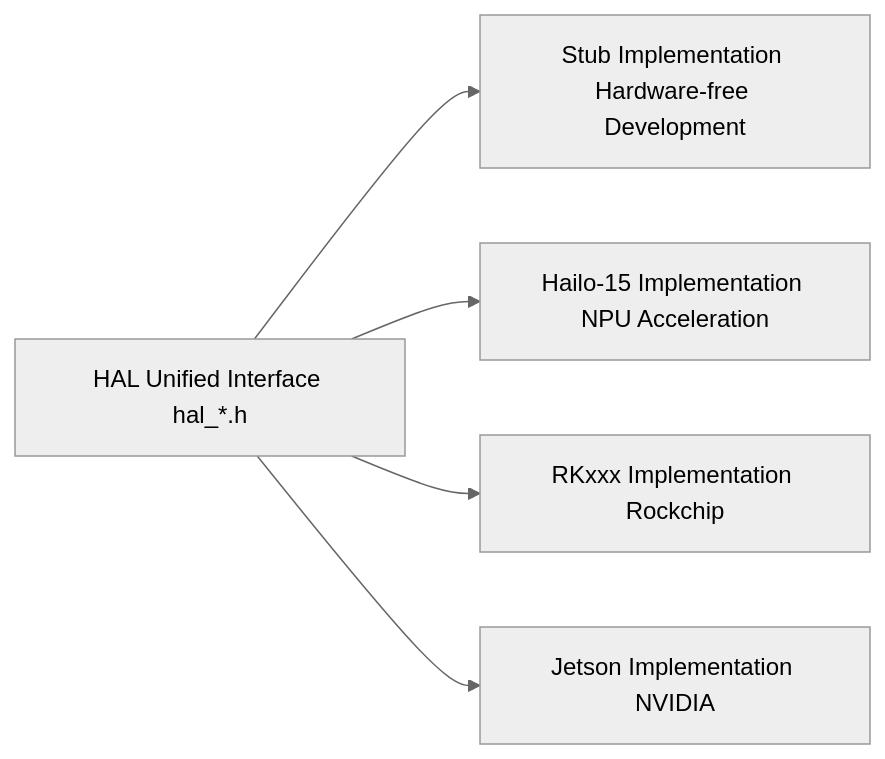
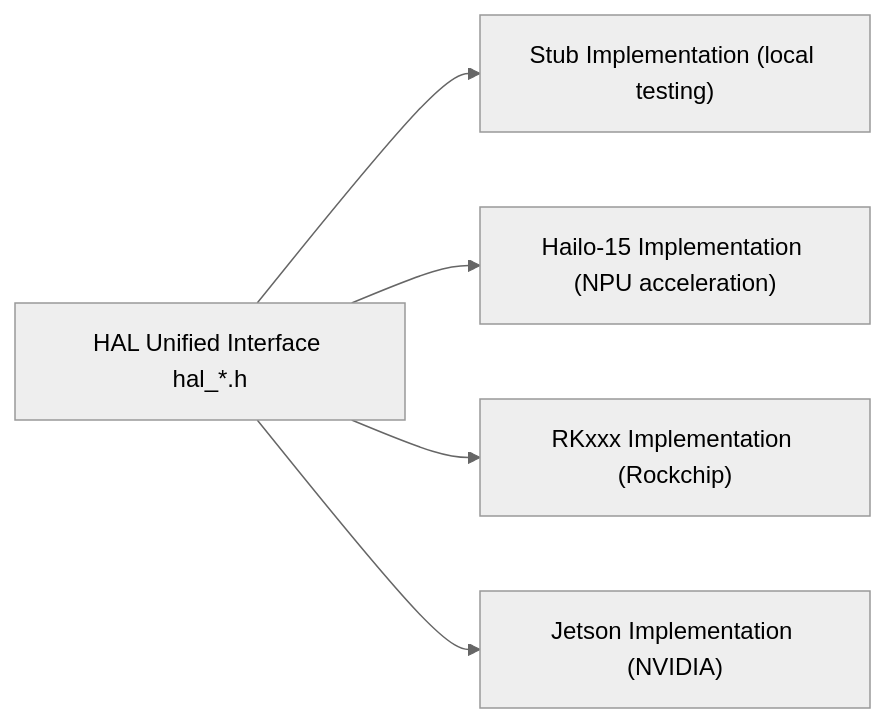
The third of 4 diagrams in i18n/en/docusaurus-plugin-content-docs/current/6-neoeyes-ne503-series/3-software-guide/0-system-architecture.md (luommy/wiki-documents), drawn with Mermaid (neutral theme) before and after one commit. The commit also changed other lines of this file and 100 other files, not shown here.

````diff
--- a/i18n/en/docusaurus-plugin-content-docs/current/6-neoeyes-ne503-series/3-software-guide/0-system-architecture.md
+++ b/i18n/en/docusaurus-plugin-content-docs/current/6-neoeyes-ne503-series/3-software-guide/0-system-architecture.md
@@ -115,7 +140,7 @@
 ```mermaid
 graph LR
-    HAL_API[HAL Unified Interface hal_*.h] --> STUB[Stub Implementation Hardware-free Development]
-    HAL_API --> HAILO[Hailo-15 Implementation NPU Acceleration]
-    HAL_API --> RK[RKxxx Implementation Rockchip]
-    HAL_API --> JETSON[Jetson Implementation NVIDIA]
+    HAL_API["HAL Unified Interface hal_*.h"] --> STUB["Stub Implementation (local testing)"]
+    HAL_API --> HAILO["Hailo-15 Implementation (NPU acceleration)"]
+    HAL_API --> RK["RKxxx Implementation (Rockchip)"]
+    HAL_API --> JETSON["Jetson Implementation (NVIDIA)"]
 ```
````
